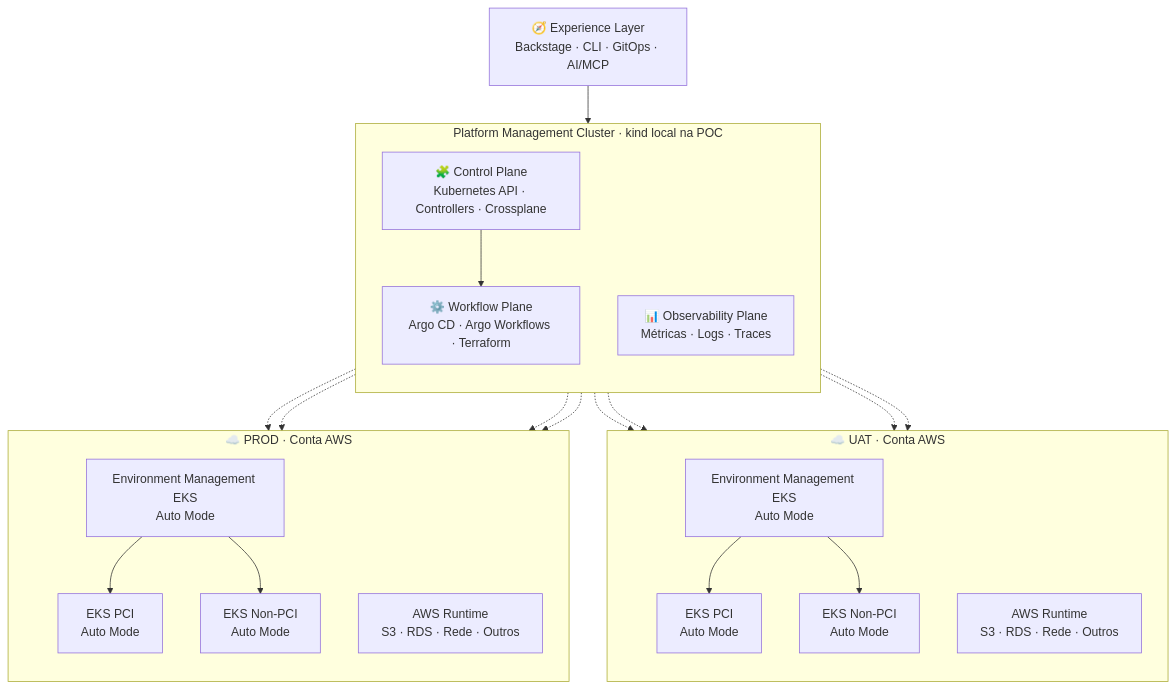
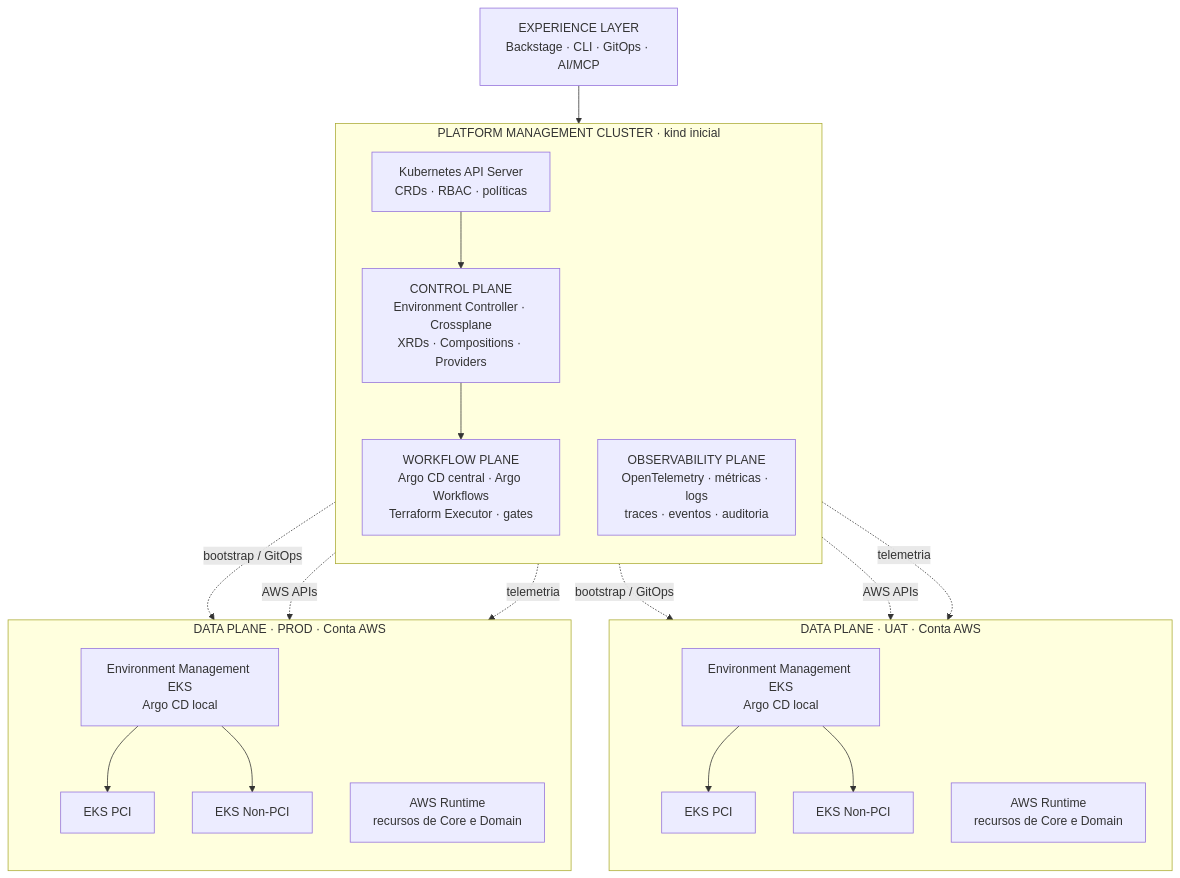
The first of 2 diagrams in docs/architecture.md (DavidFerreira21/platform-engineering-poc), drawn with Mermaid before and after one commit. The commit also changed other lines of this file and 6 other files, not shown here.

Commit message:
docs: consolidar arquitetura federada, quatro camadas e fluxos GitOps

````diff
--- a/docs/architecture.md
+++ b/docs/architecture.md
@@ -9,42 +25,42 @@
 ```mermaid
 flowchart TB
-    EXP["🧭 Experience Layer<br/>Backstage · CLI · GitOps · AI/MCP"]
+    EXP["EXPERIENCE LAYER<br/>Backstage · CLI · GitOps · AI/MCP"]
 
-    subgraph HUB["Platform Management Cluster · kind local na POC"]
-        direction TB
-        CP["🧩 Control Plane<br/>Kubernetes API · Controllers · Crossplane"]
-        WF["⚙️ Workflow Plane<br/>Argo CD · Argo Workflows · Terraform"]
-        OB["📊 Observability Plane<br/>Métricas · Logs · Traces"]
+    subgraph HUB["PLATFORM MANAGEMENT CLUSTER · kind inicial"]
+      direction TB
+      API["Kubernetes API Server<br/>CRDs · RBAC · políticas"]
+      CTRL["CONTROL PLANE<br/>Environment Controller · Crossplane<br/>XRDs · Compositions · Providers"]
+      WF["WORKFLOW PLANE<br/>Argo CD central · Argo Workflows<br/>Terraform Executor · gates"]
+      OBS["OBSERVABILITY PLANE<br/>OpenTelemetry · métricas · logs<br/>traces · eventos · auditoria"]
+      API --> CTRL
+      CTRL --> WF
     end
 
-    subgraph UAT["☁️ UAT · Conta AWS"]
-        direction TB
-        UM["Environment Management EKS<br/>Auto Mode"]
-        UP["EKS PCI<br/>Auto Mode"]
-        UN["EKS Non-PCI<br/>Auto Mode"]
-        UR["AWS Runtime<br/>S3 · RDS · Rede · Outros"]
-        UM --> UP
-        UM --> UN
+    subgraph UAT["DATA PLANE · UAT · Conta AWS"]
+      direction TB
+      UMG["Environment Management EKS<br/>Argo CD local"]
+      UPC["EKS PCI"]
+      UNC["EKS Non-PCI"]
+      UR["AWS Runtime<br/>recursos de Core e Domain"]
+      UMG --> UPC
+      UMG --> UNC
     end
 
-    subgraph PROD["☁️ PROD · Conta AWS"]
-        direction TB
-        PM["Environment Management EKS<br/>Auto Mode"]
-        PP["EKS PCI<br/>Auto Mode"]
-        PN["EKS Non-PCI<br/>Auto Mode"]
-        PR["AWS Runtime<br/>S3 · RDS · Rede · Outros"]
-        PM --> PP
-        PM --> PN
+    subgraph PROD["DATA PLANE · PROD · Conta AWS"]
+      direction TB
+      PMG["Environment Management EKS<br/>Argo CD local"]
+      PPC["EKS PCI"]
+      PNC["EKS Non-PCI"]
+      PR["AWS Runtime<br/>recursos de Core e Domain"]
+      PMG --> PPC
+      PMG --> PNC
     end
 
-    EXP --> CP
-    CP --> WF
-    CP -.-> UM
-    CP -.-> PM
-    WF -.-> UM
-    WF -.-> PM
-    CP -.-> UR
-    CP -.-> PR
-    OB -.-> UM
-    OB -.-> PM
+    EXP --> API
+    WF -. "bootstrap / GitOps" .-> UMG
+    WF -. "bootstrap / GitOps" .-> PMG
+    CTRL -. "AWS APIs" .-> UR
+    CTRL -. "AWS APIs" .-> PR
+    OBS -. "telemetria" .-> UMG
+    OBS -. "telemetria" .-> PMG
 ```
````
